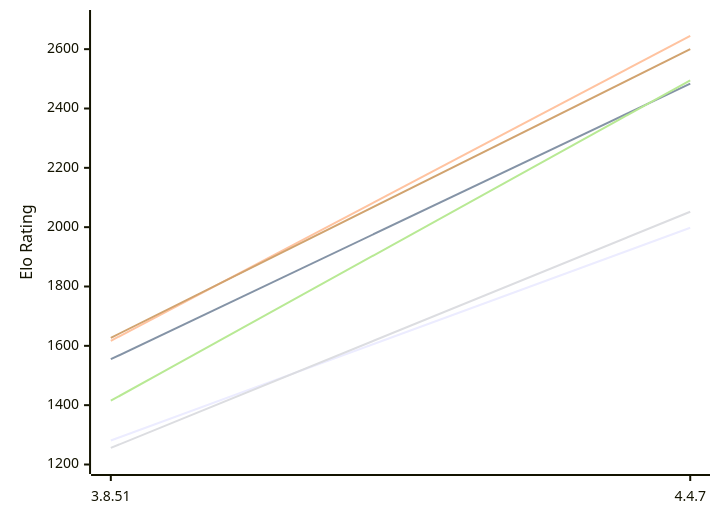
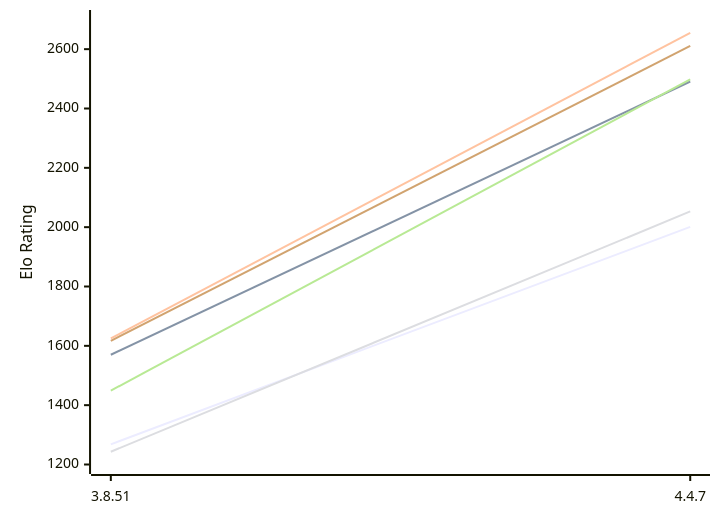
Before and after one commit to computer-chess-index/cci: the first of 2 diagrams in engines/Scoria.md, drawn with Mermaid. The commit also changed other lines of this file, not shown here.

Commit message:
Update CCI Ratings (ELO VLTC) - 2026-11-16

````diff
--- a/engines/Scoria.md
+++ b/engines/Scoria.md
@@ -50,12 +50,12 @@
 ```mermaid
 %%{init: {"theme":"base","themeVariables":{"seriesColors:['#a3a3a3','#222221','#faa371']}}}%%
 xychart-beta
   x-axis ["3.8.51", "4.4.7"]
   y-axis "Elo Rating" 1200 --> 2700
-  line "E1: STC (8.0+0.08s)" [1281, 1998]
-  line "E1: LTC (60.0+0.60s)" [1555, 2484]
-  line "E1: VLTC (2m24s+1.12s)" [1617, 2645]
-  line "P1: STC (8.0+0.08s)" [1256, 2052]
-  line "P1: LTC (60.0+0.60s)" [1415, 2495]
-  line "P1: VLTC (2m24s+1.12s)" [1627, 2600]
+  line "E1: STC (8.0+0.08s)" [1268, 2001]
+  line "E1: LTC (60.0+0.60s)" [1570, 2491]
+  line "E1: VLTC (2m24s+1.12s)" [1625, 2655]
+  line "P1: STC (8.0+0.08s)" [1243, 2053]
+  line "P1: LTC (60.0+0.60s)" [1449, 2498]
+  line "P1: VLTC (2m24s+1.12s)" [1617, 2611]
 ```
````
